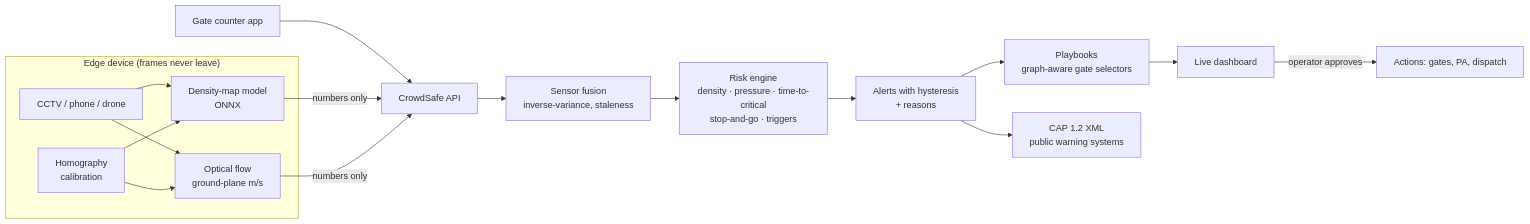
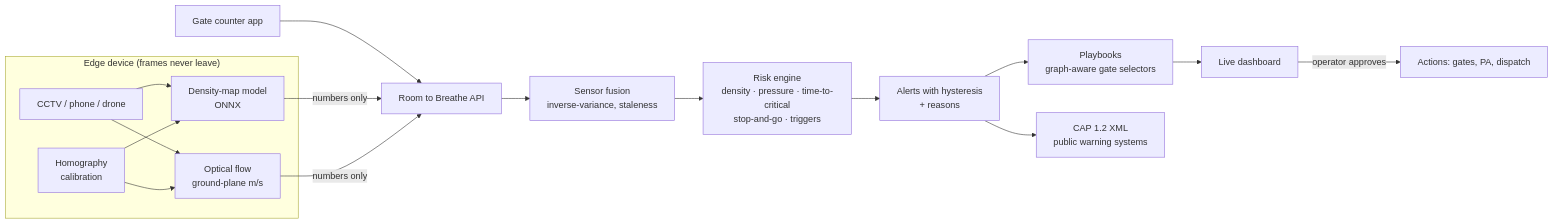
One commit to abhieq31/crowdsafe changed the diagram in README.md. Above: the diagram before and after it, drawn with Mermaid. The commit also changed other lines of this file and 59 other files, not shown here.

First line of the commit message:
Rename the project to Room to Breathe

````diff
--- a/README.md
+++ b/README.md
@@ -89,17 +93,17 @@
 ```mermaid
 flowchart LR
   subgraph Edge["Edge device (frames never leave)"]
     CAM[CCTV / phone / drone] --> DEN[Density-map model<br/>ONNX]
     CAM --> FLOW[Optical flow<br/>ground-plane m/s]
     CAL[Homography<br/>calibration] --> DEN & FLOW
   end
   CNT[Gate counter app] --> API
-  DEN & FLOW -- numbers only --> API[CrowdSafe API]
+  DEN & FLOW -- numbers only --> API[Room to Breathe API]
   API --> FUSE[Sensor fusion<br/>inverse-variance, staleness]
   FUSE --> RISK[Risk engine<br/>density · pressure · time-to-critical<br/>stop-and-go · triggers]
   RISK --> ALERT[Alerts with hysteresis<br/>+ reasons]
   ALERT --> PB[Playbooks<br/>graph-aware gate selectors]
   PB --> UI[Live dashboard]
   ALERT --> CAP[CAP 1.2 XML<br/>public warning systems]
   UI -- operator approves --> ACT[Actions: gates, PA, dispatch]
 ```
````
